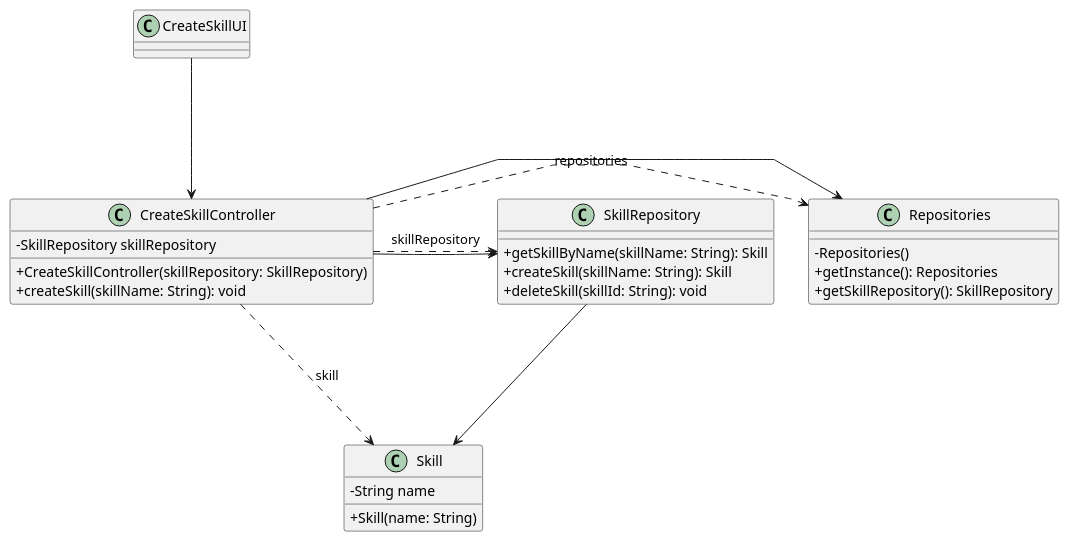
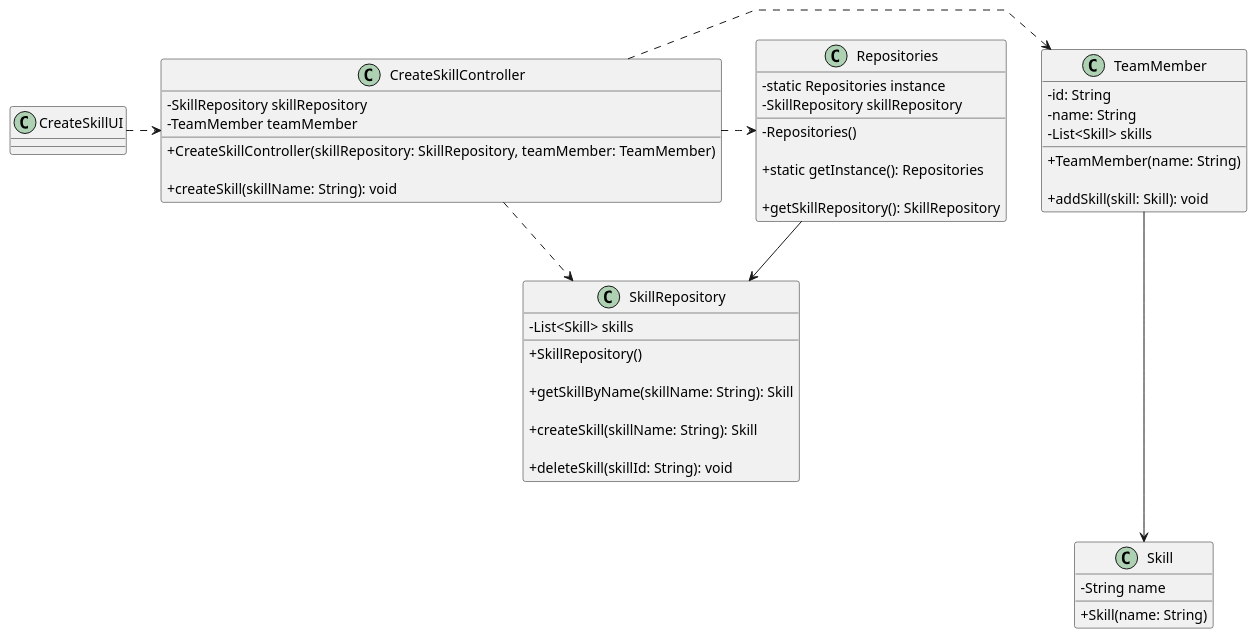
One commit to Mendoncaa/LAPR2 changed the diagram in docs/sprintB/us001/03.design/puml/us001-class-diagram.puml. Above: the diagram before and after it, drawn with PlantUML. The commit also changed 4 other files, not shown here.

Commit message:
Update class diagram and sequence diagram US001; Update class diagram, sequence diagram and system sequence diagram US004

```diff
--- a/docs/sprintB/us001/03.design/puml/us001-class-diagram.puml
+++ b/docs/sprintB/us001/03.design/puml/us001-class-diagram.puml
@@ -1,49 +1,85 @@
 @startuml
 'skinparam monochrome true
 skinparam packageStyle rectangle
 skinparam shadowing false
 skinparam linetype polyline
 'skinparam linetype orto
 
 skinparam classAttributeIconSize 0
 
 'left to right direction
 
 class CreateSkillUI {
 }
 
 class CreateSkillController {
     - SkillRepository skillRepository
-    + CreateSkillController(skillRepository: SkillRepository)
+    - TeamMember teamMember
+
+    'Construtor para inicializar o controlador com o SkillRepository e TeamMember
+    + CreateSkillController(skillRepository: SkillRepository, teamMember: TeamMember)
+
+    'Método para criar uma nova skill
     + createSkill(skillName: String): void
 }
 
 class Repositories {
+    - static Repositories instance
+    - SkillRepository skillRepository
+
+    'Construtor privado para implementar o padrão Singleton
     - Repositories()
-    + getInstance(): Repositories
+
+    'Método para obter a instância Singleton de Repositories
+    + static getInstance(): Repositories
+
+    'Método para obter o repositório das skills
     + getSkillRepository(): SkillRepository
 }
 
+
 class SkillRepository {
+    - List<Skill> skills
+
+    'Construtor para inicializar o repositório de skills
+    + SkillRepository()
+
     'Retorna uma skill com base no seu nome
     + getSkillByName(skillName: String): Skill
+
     'Cria uma nova skill e a adiciona ao repositório
     + createSkill(skillName: String): Skill
+
     'Remove uma skill do repositório
     + deleteSkill(skillId: String): void
 }
 
+
+class TeamMember {
+    - id: String
+    - name: String
+    - List<Skill> skills
+
+    'Construtor para criar um novo membro da equipe
+    + TeamMember(name: String)
+
+    'Método para adicionar uma skill a um membro da equipe
+    + addSkill(skill: Skill): void
+}
+
 class Skill {
     - String name
+
+    'Construtor para criar uma nova skill
     + Skill(name: String)
 }
 
-CreateSkillUI ---> CreateSkillController
-CreateSkillController ---> Repositories
-CreateSkillController ---> SkillRepository
-SkillRepository ---> Skill
-CreateSkillController .> Repositories : repositories
-CreateSkillController .> SkillRepository : skillRepository
-CreateSkillController .> Skill : skill
+CreateSkillUI .> CreateSkillController
+CreateSkillController .> Repositories
+CreateSkillController .> SkillRepository
+CreateSkillController .> TeamMember
+Repositories --> SkillRepository
+TeamMember ---> Skill
+
 
 @enduml
```
